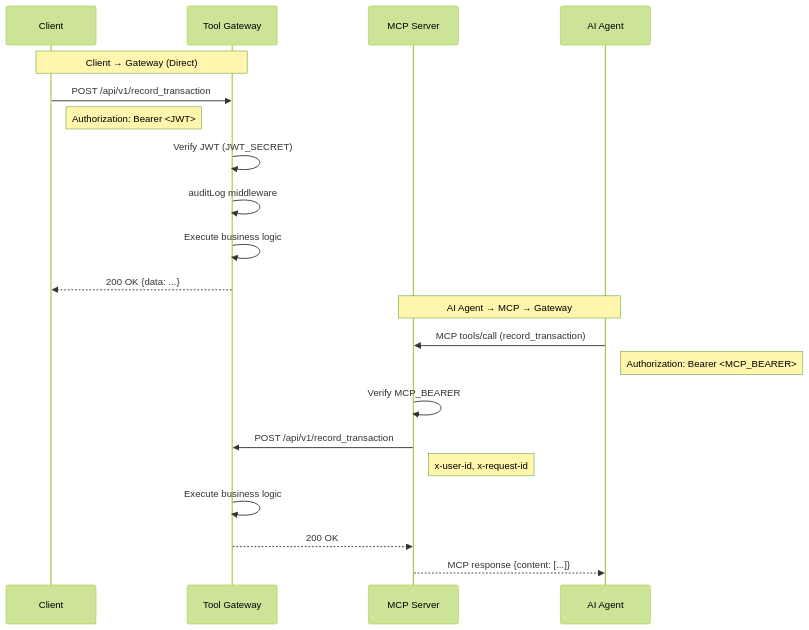
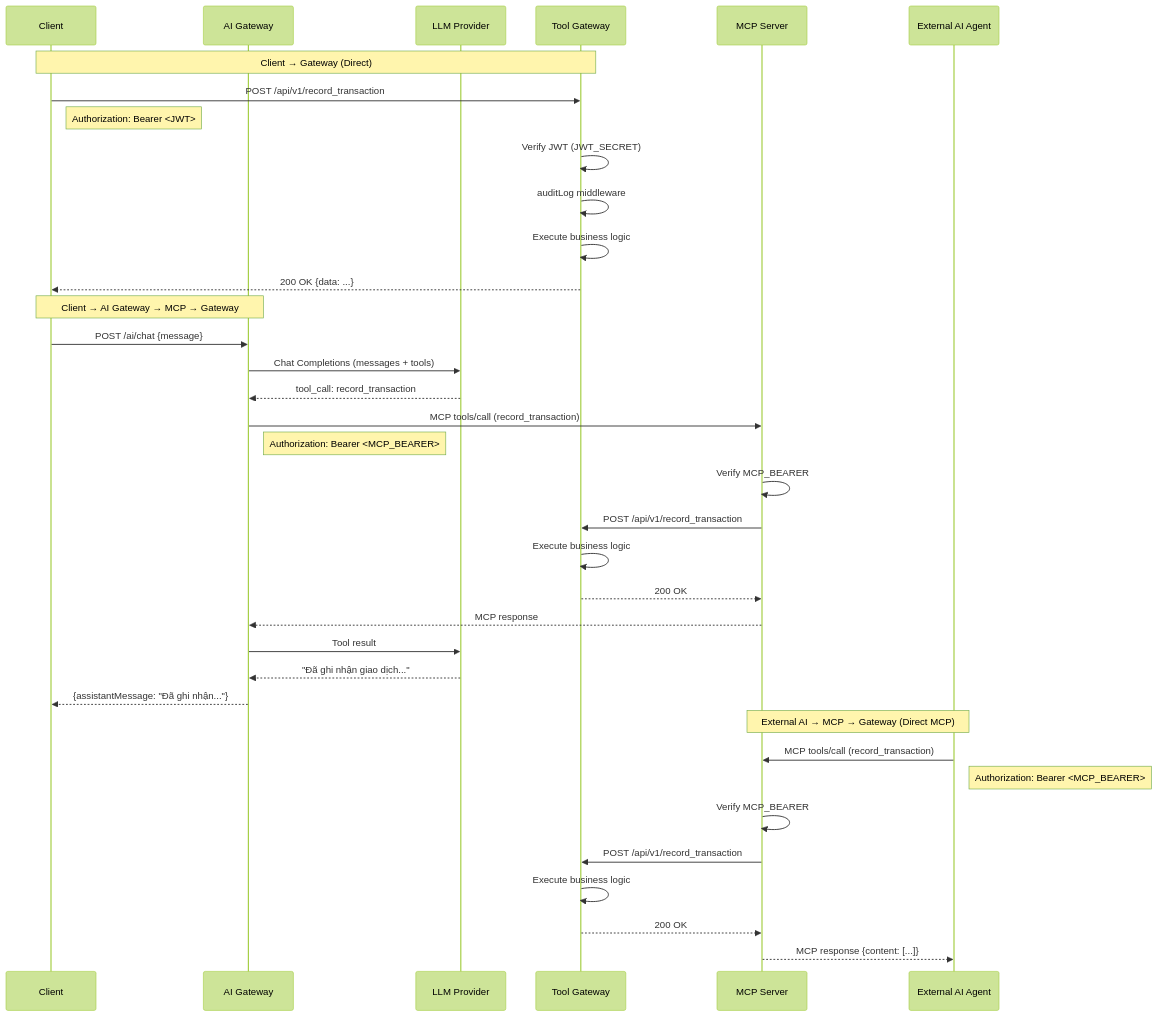
The seventh of 10 diagrams in system_architecture.md (lechautu/money-manager), drawn with Mermaid (forest theme) before and after one commit. The commit also changed other lines of this file and 21 other files, not shown here.

Commit message:
feat: add AI chat overlay assets and update system documentation/mcp-server

````diff
--- a/system_architecture.md
+++ b/system_architecture.md
@@ -597,25 +733,41 @@
 ```mermaid
 sequenceDiagram
     participant C as Client
+    participant AG as AI Gateway
+    participant LLM as LLM Provider
     participant GW as Tool Gateway
     participant MCP as MCP Server
-    participant AI as AI Agent
+    participant AI as External AI Agent
 
     Note over C,GW: Client → Gateway (Direct)
     C->>GW: POST /api/v1/record_transaction
     Note right of C: Authorization: Bearer <JWT>
     GW->>GW: Verify JWT (JWT_SECRET)
     GW->>GW: auditLog middleware
     GW->>GW: Execute business logic
     GW-->>C: 200 OK {data: ...}
 
-    Note over AI,MCP: AI Agent → MCP → Gateway
+    Note over C,AG: Client → AI Gateway → MCP → Gateway
+    C->>AG: POST /ai/chat {message}
+    AG->>LLM: Chat Completions (messages + tools)
+    LLM-->>AG: tool_call: record_transaction
+    AG->>MCP: MCP tools/call (record_transaction)
+    Note right of AG: Authorization: Bearer <MCP_BEARER>
+    MCP->>MCP: Verify MCP_BEARER
+    MCP->>GW: POST /api/v1/record_transaction
+    GW->>GW: Execute business logic
+    GW-->>MCP: 200 OK
+    MCP-->>AG: MCP response
+    AG->>LLM: Tool result
+    LLM-->>AG: "Đã ghi nhận giao dịch..."
+    AG-->>C: {assistantMessage: "Đã ghi nhận..."}
+
+    Note over AI,MCP: External AI → MCP → Gateway (Direct MCP)
     AI->>MCP: MCP tools/call (record_transaction)
     Note right of AI: Authorization: Bearer <MCP_BEARER>
     MCP->>MCP: Verify MCP_BEARER
     MCP->>GW: POST /api/v1/record_transaction
-    Note right of MCP: x-user-id, x-request-id
     GW->>GW: Execute business logic
     GW-->>MCP: 200 OK
     MCP-->>AI: MCP response {content: [...]}
 ```
````
